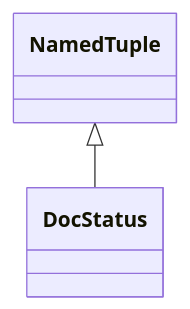
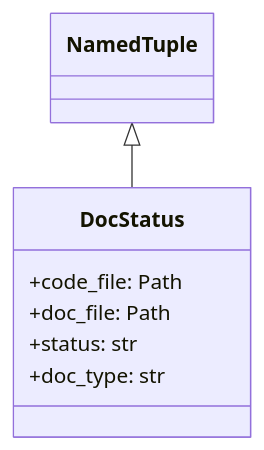
One commit to Brunvelop/autocode changed the first of 2 diagrams in design/autocode/core/docs/doc_checker_items.md. Above: the diagram before and after it, drawn with Mermaid. The commit also changed 22 other files, not shown here.

````diff
--- a/design/autocode/core/docs/doc_checker_items.md
+++ b/design/autocode/core/docs/doc_checker_items.md
@@ -20,7 +20,11 @@
 ```mermaid
 classDiagram
     class DocStatus {
+        +code_file: Path
+        +doc_file: Path
+        +status: str
+        +doc_type: str
     }
     NamedTuple <|-- DocStatus
 
 ```
````
